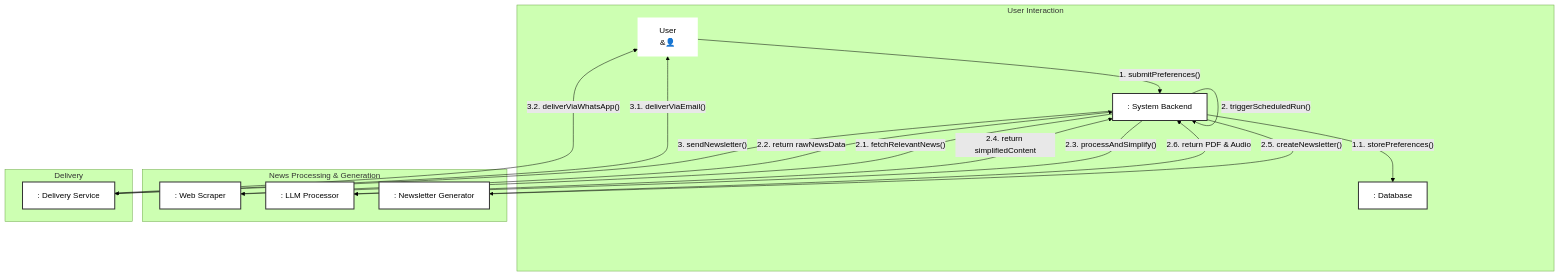
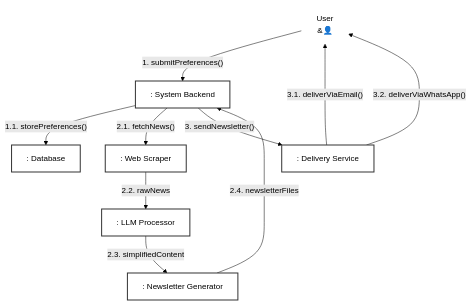
One commit to ts-manish/CV changed the diagram in README.md. Above: the diagram before and after it, drawn with Mermaid (forest theme).

````diff
--- a/README.md
+++ b/README.md
@@ -1,51 +1,31 @@
 ```mermaid
 graph TD
-    %% Changed to Top-Down layout for better alignment of independent flows
+    %% --- Participants ---
+    User["User<br/>&#128100;"]
+    Backend[": System Backend"]
+    DB[": Database"]
+    Scraper[": Web Scraper"]
+    LLM[": LLM Processor"]
+    Generator[": Newsletter Generator"]
+    Delivery[": Delivery Service"]
 
-    %% --- Define Participants as Nodes ---
-    subgraph User Interaction
-        U["&nbsp;&nbsp;&nbsp;User&nbsp;&nbsp;&nbsp;<br/>&#128100;"]
-        WB[": System Backend"]
-        DB[": Database"]
-    end
+    %% --- Interaction Flow ---
+    User -- "1. submitPreferences()" --> Backend
+    Backend -- "1.1. storePreferences()" --> DB
+    Backend -- "2.1. fetchNews()" --> Scraper
+    Scraper -- "2.2. rawNews" --> LLM
+    LLM -- "2.3. simplifiedContent" --> Generator
+    Generator -- "2.4. newsletterFiles" --> Backend
+    Backend -- "3. sendNewsletter()" --> Delivery
+    Delivery -- "3.1. deliverViaEmail()" --> User
+    Delivery -- "3.2. deliverViaWhatsApp()" --> User
 
-    subgraph "News Processing & Generation"
-        SC[": Web Scraper"]
-        LLMP[": LLM Processor"]
-        GEN[": Newsletter Generator"]
-    end
-    
-    subgraph Delivery
-        DEL[": Delivery Service"]
-    end
-
-    %% --- Define Interactions as Labeled Links ---
-    
-    %% Flow 1: Preference Submission
-    U -- "1. submitPreferences()" --> WB
-    WB -- "1.1. storePreferences()" --> DB
-    
-    %% Flow 2: News Generation & Processing (Triggered by WebApp)
-    %% Self-message for internal trigger
-    WB -- "2. triggerScheduledRun()" --> WB
-    WB -- "2.1. fetchRelevantNews()" --> SC
-    SC -- "2.2. return rawNewsData" --> WB
-    WB -- "2.3. processAndSimplify()" --> LLMP
-    LLMP -- "2.4. return simplifiedContent" --> WB
-    WB -- "2.5. createNewsletter()" --> GEN
-    GEN -- "2.6. return PDF & Audio" --> WB
-    
-    %% Flow 3: Delivery
-    WB -- "3. sendNewsletter()" --> DEL
-    DEL -- "3.1. deliverViaEmail()" --> U
-    DEL -- "3.2. deliverViaWhatsApp()" --> U
-
-    %% --- Style nodes to look like UML objects ---
-    style U fill:#fff,stroke-width:0px
-    style WB fill:#fff,stroke:#333,stroke-width:2px
+    %% --- Styling (B&W) ---
+    style User fill:#fff,stroke-width:0px
+    style Backend fill:#fff,stroke:#333,stroke-width:2px
     style DB fill:#fff,stroke:#333,stroke-width:2px
-    style SC fill:#fff,stroke:#333,stroke-width:2px
-    style LLMP fill:#fff,stroke:#333,stroke-width:2px
-    style GEN fill:#fff,stroke:#333,stroke-width:2px
-    style DEL fill:#fff,stroke:#333,stroke-width:2px
+    style Scraper fill:#fff,stroke:#333,stroke-width:2px
+    style LLM fill:#fff,stroke:#333,stroke-width:2px
+    style Generator fill:#fff,stroke:#333,stroke-width:2px
+    style Delivery fill:#fff,stroke:#333,stroke-width:2px
 ```
````
